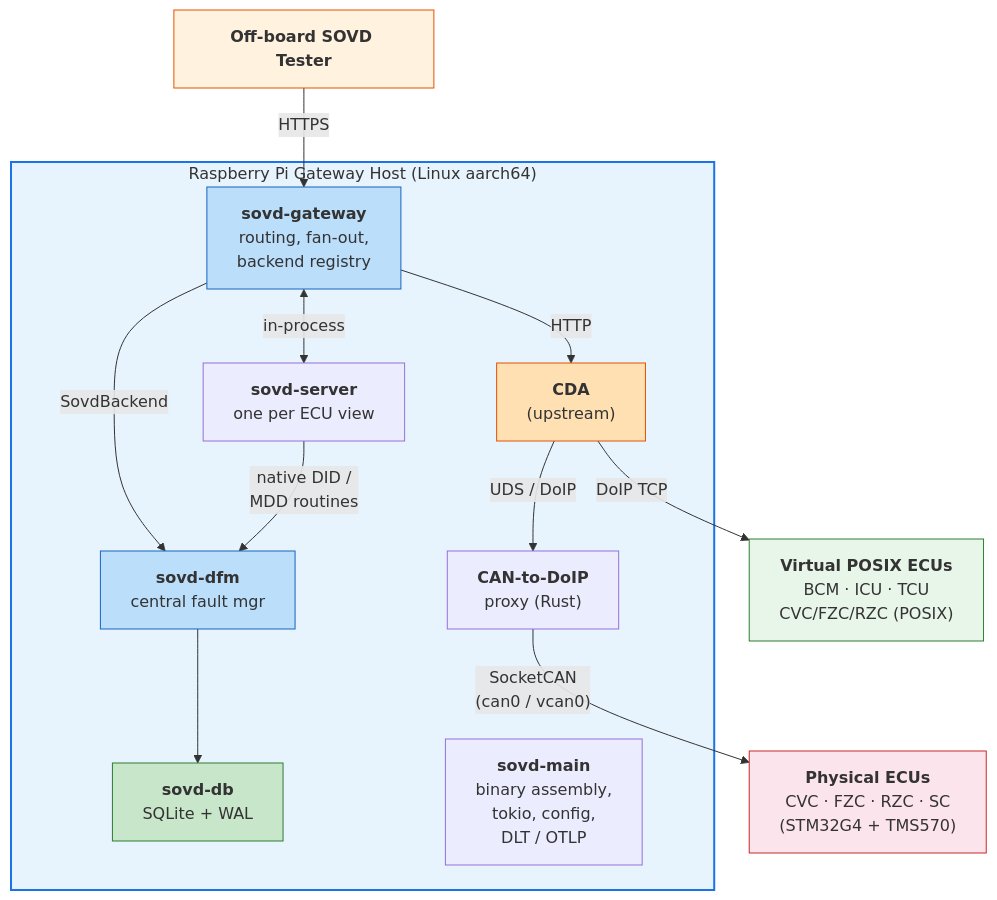
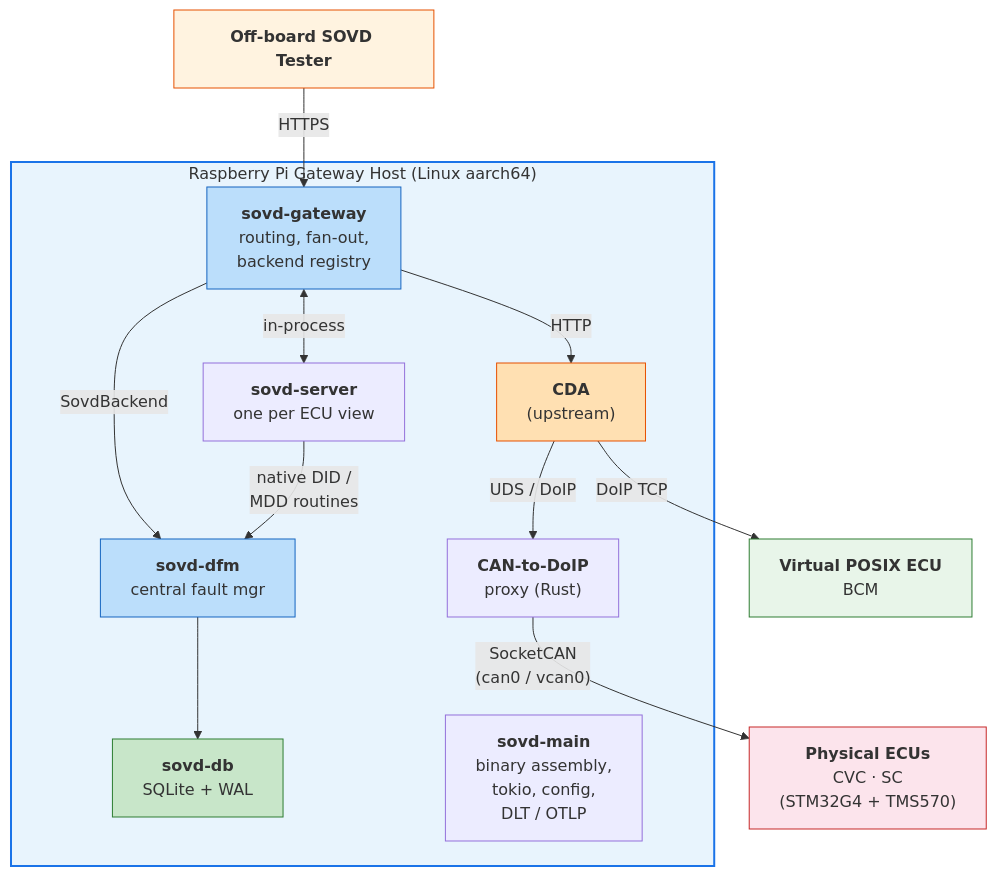
Before and after one commit to nhuvaoanh123/taktflow-opensovd: the second of 16 diagrams in docs/ARCHITECTURE.md, drawn with Mermaid. The commit also changed other lines of this file and 7 other files, not shown here.

````diff
--- a/docs/ARCHITECTURE.md
+++ b/docs/ARCHITECTURE.md
@@ -204,38 +225,38 @@
 ```mermaid
 graph TB
     TESTER["<b>Off-board SOVD Tester</b>"]
 
     TESTER -->|"HTTPS"| GW
 
     subgraph PI ["Raspberry Pi Gateway Host (Linux aarch64)"]
         GW["<b>sovd-gateway</b><br/>routing, fan-out,<br/>backend registry"]
         SRV["<b>sovd-server</b><br/>one per ECU view"]
         DFM["<b>sovd-dfm</b><br/>central fault mgr"]
         DB["<b>sovd-db</b><br/>SQLite + WAL"]
         CDA["<b>CDA</b><br/>(upstream)"]
         PROXY["<b>CAN-to-DoIP</b><br/>proxy (Rust)"]
         MAIN["<b>sovd-main</b><br/>binary assembly,<br/>tokio, config,<br/>DLT / OTLP"]
 
         GW <-->|"in-process"| SRV
         GW -->|"SovdBackend"| DFM
         GW -->|"HTTP"| CDA
         DFM --> DB
         SRV -->|"native DID /<br/>MDD routines"| DFM
         CDA -->|"UDS / DoIP"| PROXY
     end
 
     PROXY -->|"SocketCAN<br/>(can0 / vcan0)"| PE
     CDA -->|"DoIP TCP"| VE
 
-    VE["<b>Virtual POSIX ECUs</b><br/>BCM &middot; ICU &middot; TCU<br/>CVC/FZC/RZC (POSIX)"]
-    PE["<b>Physical ECUs</b><br/>CVC &middot; FZC &middot; RZC &middot; SC<br/>(STM32G4 + TMS570)"]
+    VE["<b>Virtual POSIX ECU</b><br/>BCM"]
+    PE["<b>Physical ECUs</b><br/>CVC &middot; SC<br/>(STM32G4 + TMS570)"]
 
     style PI fill:#e8f4fd,stroke:#1a73e8,stroke-width:2px
     style TESTER fill:#fff3e0,stroke:#e65100
     style VE fill:#e8f5e9,stroke:#2e7d32
     style PE fill:#fce4ec,stroke:#c62828
     style GW fill:#bbdefb,stroke:#1565c0
     style DFM fill:#bbdefb,stroke:#1565c0
     style DB fill:#c8e6c9,stroke:#2e7d32
     style CDA fill:#ffe0b2,stroke:#e65100
 ```
````
